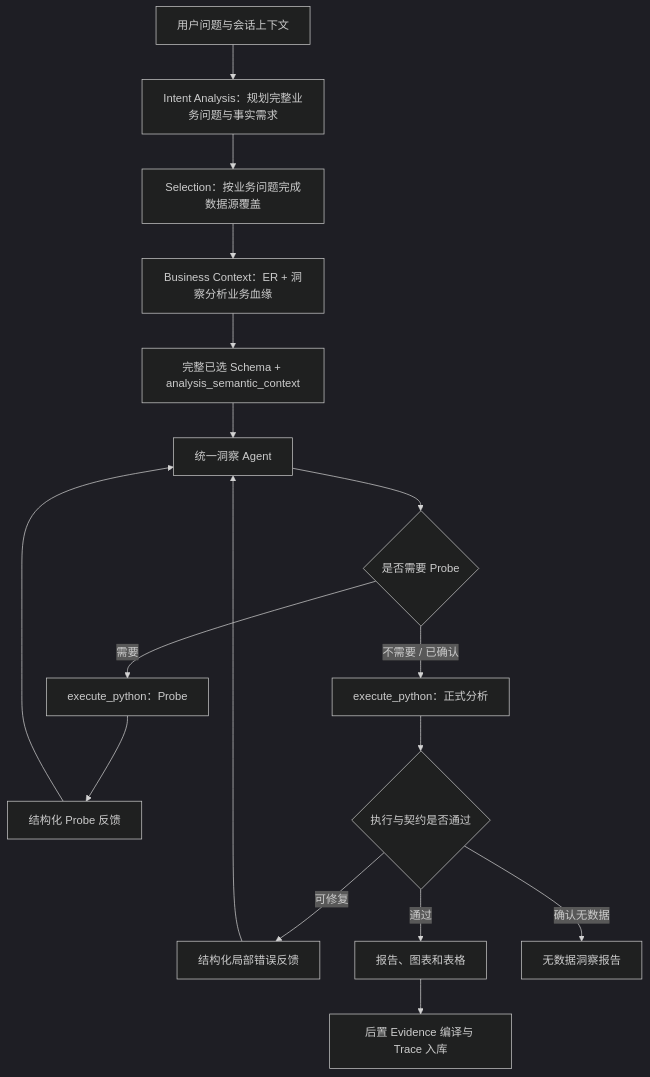
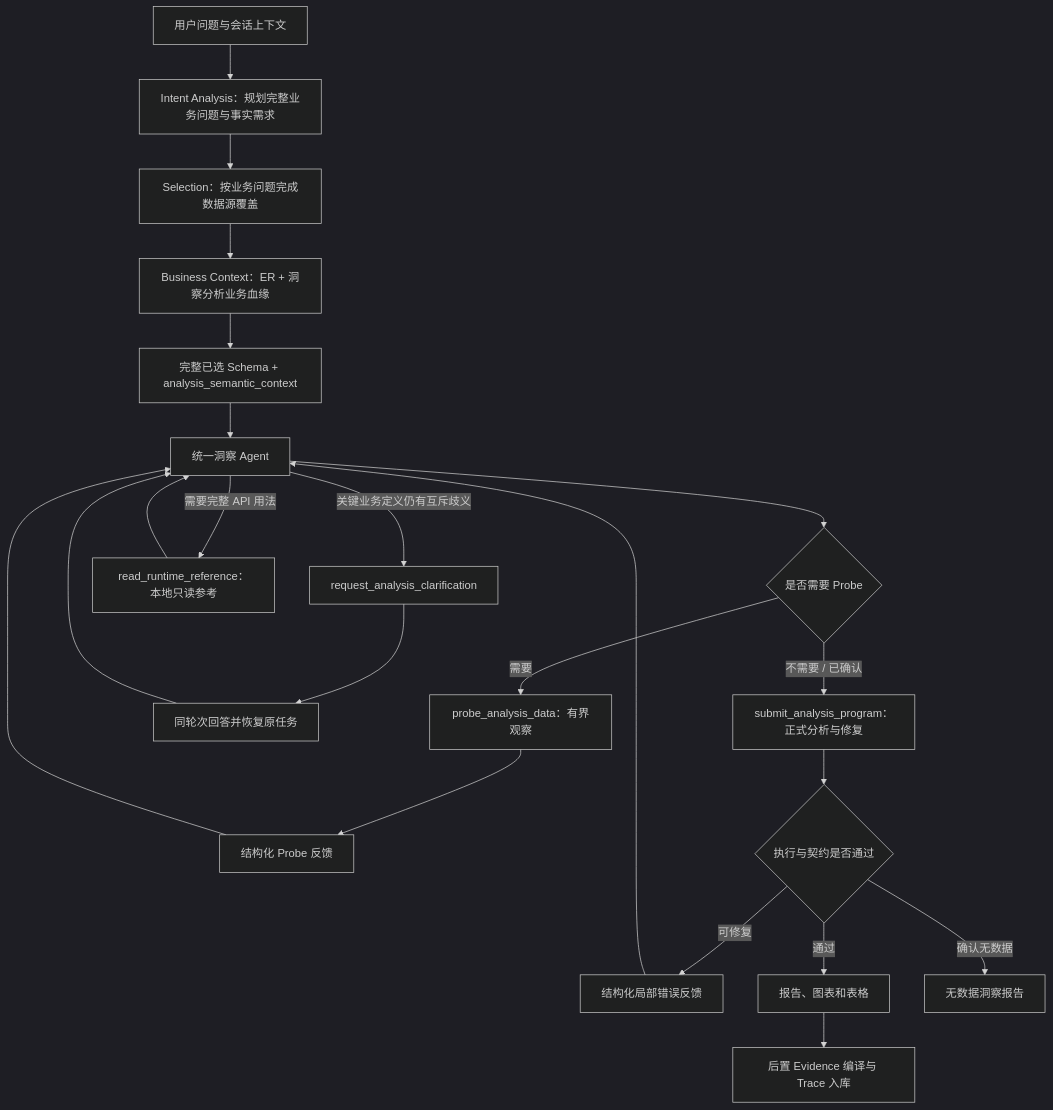
One commit to wszlesile/DataInsight changed the diagram in docs/unified-analysis-architecture-v2.md. Above: the diagram before and after it, drawn with Mermaid (dark theme). The commit also changed other lines of this file and 84 other files, not shown here.

````diff
--- a/docs/unified-analysis-architecture-v2.md
+++ b/docs/unified-analysis-architecture-v2.md
@@ -185,19 +218,24 @@
 ```mermaid
 flowchart TD
     A["用户问题与会话上下文"] --> B["Intent Analysis：规划完整业务问题与事实需求"]
     B --> C["Selection：按业务问题完成数据源覆盖"]
     C --> D["Business Context：ER + 洞察分析业务血缘"]
     D --> E0["完整已选 Schema + analysis_semantic_context"]
     E0 --> E["统一洞察 Agent"]
     E --> F{"是否需要 Probe"}
-    F -- "需要" --> G["execute_python：Probe"]
+    F -- "需要" --> G["probe_analysis_data：有界观察"]
     G --> H["结构化 Probe 反馈"]
     H --> E
-    F -- "不需要 / 已确认" --> I["execute_python：正式分析"]
+    E -- "关键业务定义仍有互斥歧义" --> C1["request_analysis_clarification"]
+    C1 --> C2["同轮次回答并恢复原任务"]
+    C2 --> E
+    E -- "需要完整 API 用法" --> R["read_runtime_reference：本地只读参考"]
+    R --> E
+    F -- "不需要 / 已确认" --> I["submit_analysis_program：正式分析与修复"]
     I --> J{"执行与契约是否通过"}
     J -- "可修复" --> K["结构化局部错误反馈"]
     K --> E
     J -- "通过" --> L["报告、图表和表格"]
     L --> N["后置 Evidence 编译与 Trace 入库"]
     J -- "确认无数据" --> M["无数据洞察报告"]
 ```
````
